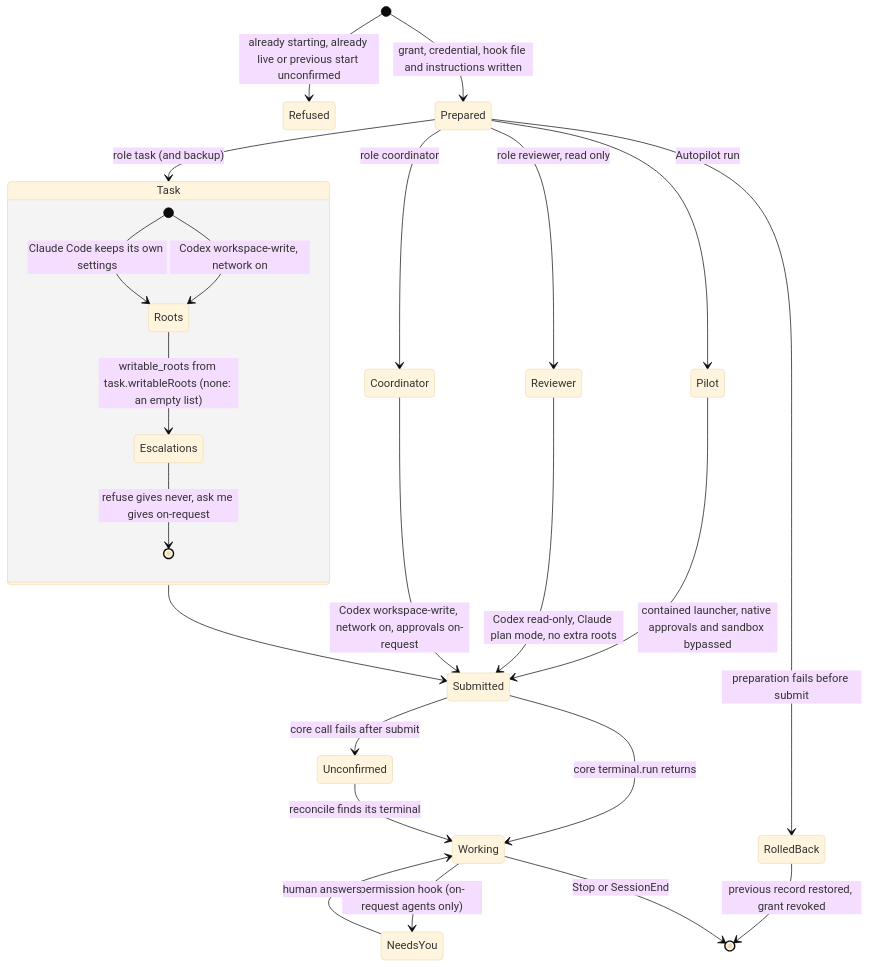
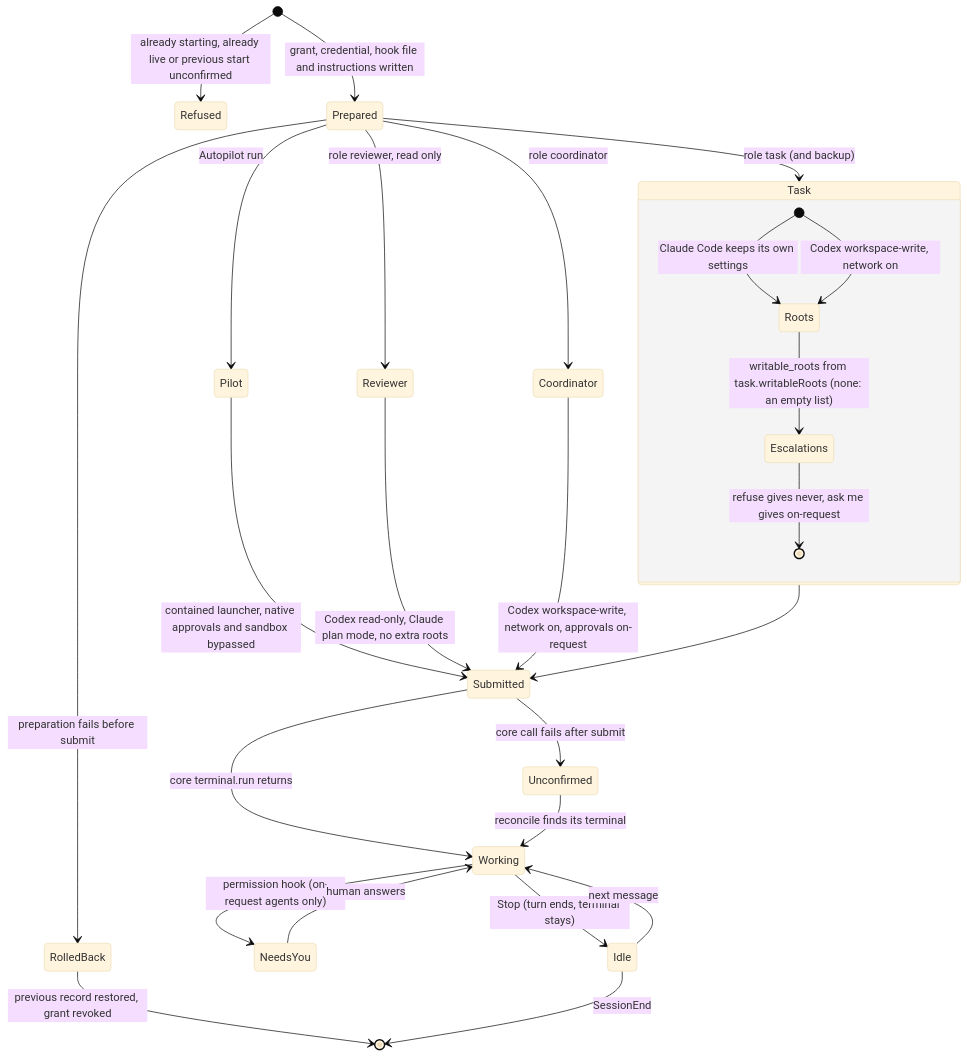
The diagram in docs/state-charts/agent-launch.md (shyamsivakumar/herdr-projects), drawn with Mermaid (base theme) before and after one commit. The commit also changed 2 other files, not shown here.

Commit message:
Expand $TMPDIR in task writable roots only on macOS
On Linux tmpdir is /tmp, so $TMPDIR/.. would grant / to task agents.
Show the idle state after Stop in the launch chart.

````diff
--- a/docs/state-charts/agent-launch.md
+++ b/docs/state-charts/agent-launch.md
@@ -7,30 +7,32 @@
 ```mermaid
 stateDiagram-v2
     [*] --> Refused: already starting, already live or previous start unconfirmed
     [*] --> Prepared: grant, credential, hook file and instructions written
     Prepared --> Pilot: Autopilot run
     Prepared --> Reviewer: role reviewer, read only
     Prepared --> Coordinator: role coordinator
     Prepared --> Task: role task (and backup)
 
     Pilot --> Submitted: contained launcher, native approvals and sandbox bypassed
     Reviewer --> Submitted: Codex read-only, Claude plan mode, no extra roots
     Coordinator --> Submitted: Codex workspace-write, network on, approvals on-request
 
     state Task {
         [*] --> Roots: Claude Code keeps its own settings
         [*] --> Roots: Codex workspace-write, network on
         Roots --> Escalations: writable_roots from task.writableRoots (none: an empty list)
         Escalations --> [*]: refuse gives never, ask me gives on-request
     }
     Task --> Submitted
 
     Submitted --> Working: core terminal.run returns
     Prepared --> RolledBack: preparation fails before submit
     RolledBack --> [*]: previous record restored, grant revoked
     Submitted --> Unconfirmed: core call fails after submit
     Unconfirmed --> Working: reconcile finds its terminal
     Working --> NeedsYou: permission hook (on-request agents only)
     NeedsYou --> Working: human answers
-    Working --> [*]: Stop or SessionEnd
+    Working --> Idle: Stop (turn ends, terminal stays)
+    Idle --> Working: next message
+    Idle --> [*]: SessionEnd
 ```
````
